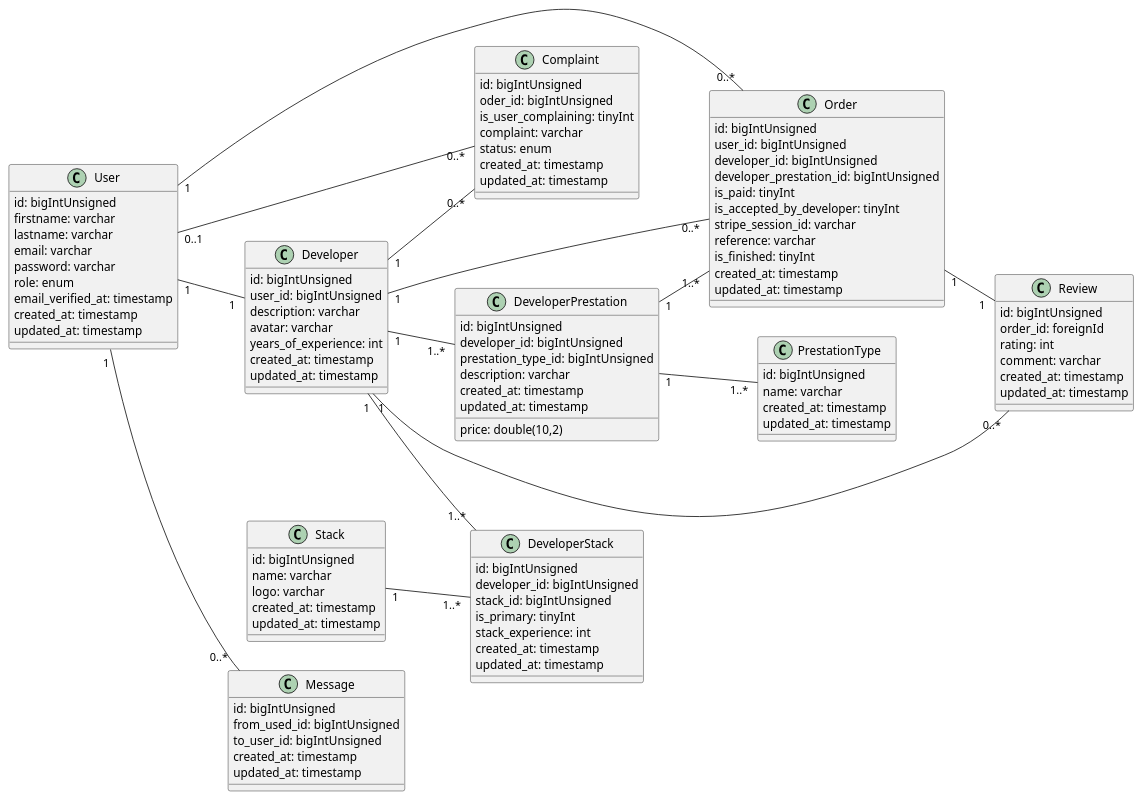
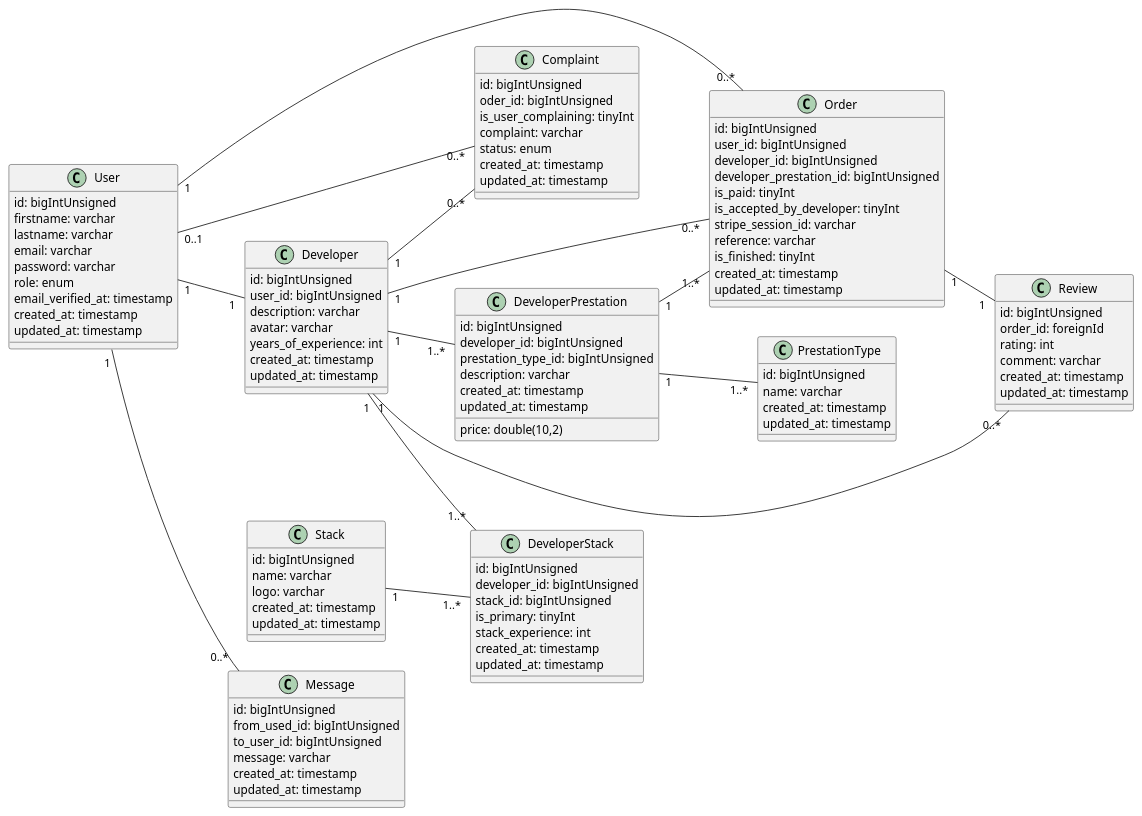
Before and after one commit to Loic-Jhs/deverr-back: the diagram in docs/diagrams/classDiagrams/class_diagram.puml, drawn with PlantUML.

Commit message:
added message missing in order of class diagram

```diff
--- a/docs/diagrams/classDiagrams/class_diagram.puml
+++ b/docs/diagrams/classDiagrams/class_diagram.puml
@@ -1,123 +1,124 @@
 @startuml Class
 'change direction to not overlap with other classes
 left to right direction
 
 
 class User {
   id: bigIntUnsigned
   firstname: varchar
   lastname: varchar
   email: varchar
   password: varchar
   role: enum
   email_verified_at: timestamp
   created_at: timestamp
   updated_at: timestamp
 }
 
 class Developer {
   id: bigIntUnsigned
   user_id: bigIntUnsigned
   description: varchar
   avatar: varchar
   years_of_experience: int
   created_at: timestamp
   updated_at: timestamp
 }
 
 class PrestationType {
   id: bigIntUnsigned
   name: varchar
   created_at: timestamp
   updated_at: timestamp
 }
 
 class DeveloperPrestation {
   id: bigIntUnsigned
   developer_id: bigIntUnsigned
   prestation_type_id: bigIntUnsigned
   description: varchar
   price: double(10,2)
   created_at: timestamp
   updated_at: timestamp
 }
 
 class DeveloperStack {
   id: bigIntUnsigned
   developer_id: bigIntUnsigned
   stack_id: bigIntUnsigned
   is_primary: tinyInt
   stack_experience: int
   created_at: timestamp
   updated_at: timestamp
 }
 
 class Stack {
   id: bigIntUnsigned
   name: varchar
   logo: varchar
   created_at: timestamp
   updated_at: timestamp
 }
 
 class Order {
   id: bigIntUnsigned
   user_id: bigIntUnsigned
   developer_id: bigIntUnsigned
   developer_prestation_id: bigIntUnsigned
   is_paid: tinyInt
   is_accepted_by_developer: tinyInt
   stripe_session_id: varchar
   reference: varchar
   is_finished: tinyInt
   created_at: timestamp
   updated_at: timestamp
 }
 
 class Review {
   id: bigIntUnsigned
   order_id: foreignId
   rating: int
   comment: varchar
   created_at: timestamp
   updated_at: timestamp
 }
 
 class Message {
   id: bigIntUnsigned
   from_used_id: bigIntUnsigned
   to_user_id: bigIntUnsigned
+  message: varchar
   created_at: timestamp
   updated_at: timestamp
 }
 
 class Complaint {
   id: bigIntUnsigned
   oder_id: bigIntUnsigned
   is_user_complaining: tinyInt
   complaint: varchar
   status: enum
   created_at: timestamp
   updated_at: timestamp
 }
 
 User "0..1 " -- "0..* " Complaint
 User "1 " -- "0..* "Message
 User "1 " -- "0..* " Order
 User "1 " -- "1 " Developer
 
 Developer "1 " -- "1..* "DeveloperStack
 Developer "1 " -- "0..* " Order
 Developer "1 "-- "0..* " Review
 Developer "1 " -- "1..* " DeveloperPrestation
 Developer "1 " -- "0..* " Complaint
 
 DeveloperPrestation "1 " -- "1..* " PrestationType
 DeveloperPrestation "1 " -- "1..* " Order
 
 Stack "1 "-- "1..* " DeveloperStack
 
 Order "1 " -- "1 " Review
 
 
 @enduml
```
